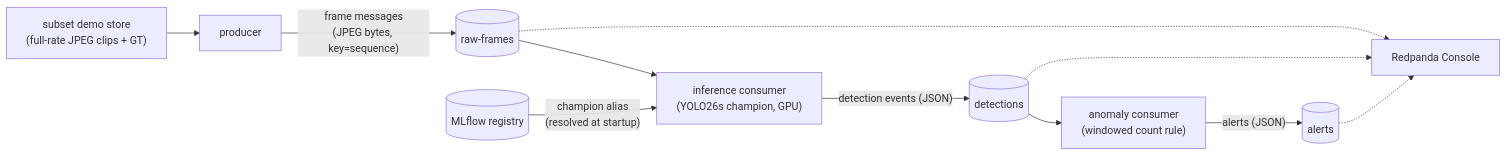
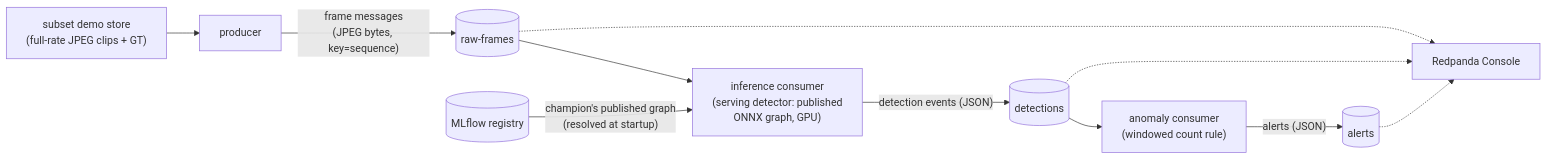
One commit to vtarasv/mlops-cv changed the diagram in docs/streaming.md. Above: the diagram before and after it, drawn with Mermaid. The commit also changed other lines of this file and 22 other files, not shown here.

Commit message:
feat(serving): HTTP detection service on the champion's published ONNX graph; streaming consumer joins the same path

````diff
--- a/docs/streaming.md
+++ b/docs/streaming.md
@@ -9,13 +14,13 @@
 ```mermaid
 flowchart LR
     demo["subset demo store\n(full-rate JPEG clips + GT)"] --> prod[producer]
     prod -- "frame messages\n(JPEG bytes, key=sequence)" --> rf[(raw-frames)]
-    rf --> inf["inference consumer\n(YOLO26s champion, GPU)"]
-    reg[(MLflow registry)] -- "champion alias\n(resolved at startup)" --> inf
+    rf --> inf["inference consumer\n(serving detector: published\nONNX graph, GPU)"]
+    reg[(MLflow registry)] -- "champion's published graph\n(resolved at startup)" --> inf
     inf -- "detection events (JSON)" --> det[(detections)]
     det --> anom["anomaly consumer\n(windowed count rule)"]
     anom -- "alerts (JSON)" --> al[(alerts)]
     rf -.-> console[Redpanda Console]
     det -.-> console
     al -.-> console
 ```
````
